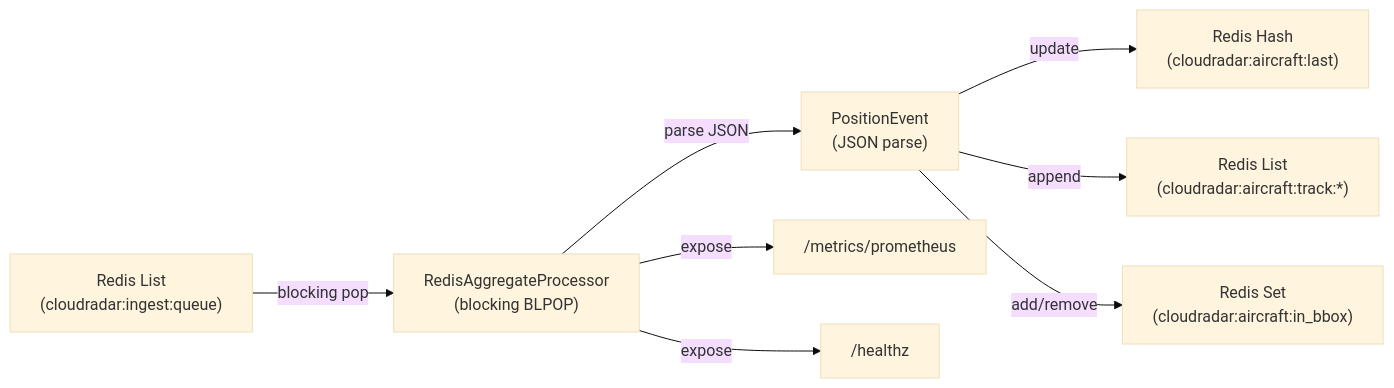
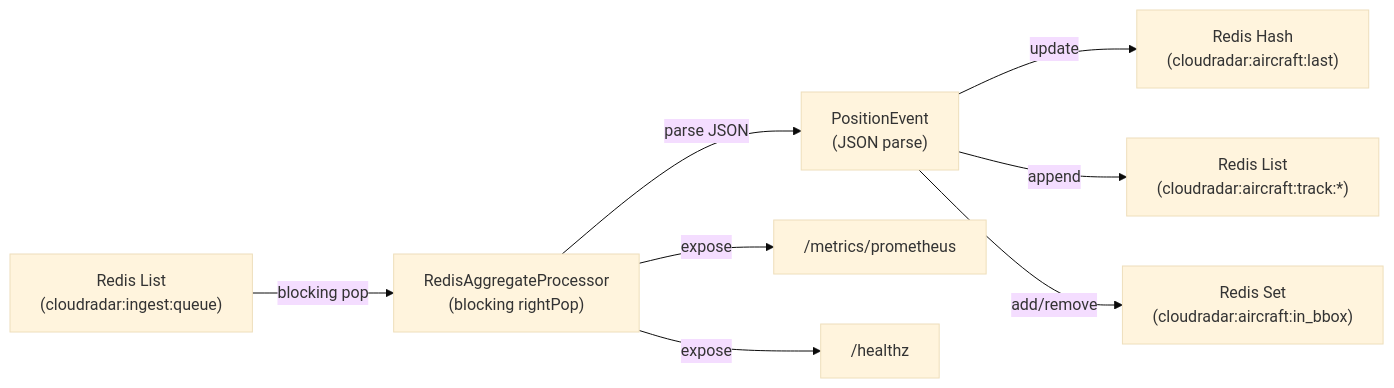
Before and after one commit to ClementV78/CloudRadar: the third of 8 diagrams in docs/architecture/application-architecture.md, drawn with Mermaid (base theme). The commit also changed other lines of this file and 2 other files, not shown here.

First line of the commit message:
docs(architecture): align EN/FR summaries and app architecture

````diff
--- a/docs/architecture/application-architecture.md
+++ b/docs/architecture/application-architecture.md
@@ -180,17 +185,17 @@
 ```mermaid
 flowchart LR
     Queue["Redis List<br/>(cloudradar:ingest:queue)"]
-    Processor["RedisAggregateProcessor<br/>(blocking BLPOP)"]
+    Processor["RedisAggregateProcessor<br/>(blocking rightPop)"]
     Parse["PositionEvent<br/>(JSON parse)"]
     Last["Redis Hash<br/>(cloudradar:aircraft:last)"]
     Track["Redis List<br/>(cloudradar:aircraft:track:*)"]
     Bbox["Redis Set<br/>(cloudradar:aircraft:in_bbox)"]
     
     Queue -->|blocking pop| Processor
     Processor -->|parse JSON| Parse
     Parse -->|update| Last
     Parse -->|append| Track
     Parse -->|add/remove| Bbox
     Processor -->|expose| Metrics["/metrics/prometheus"]
     Processor -->|expose| Health["/healthz"]
 ```
````
